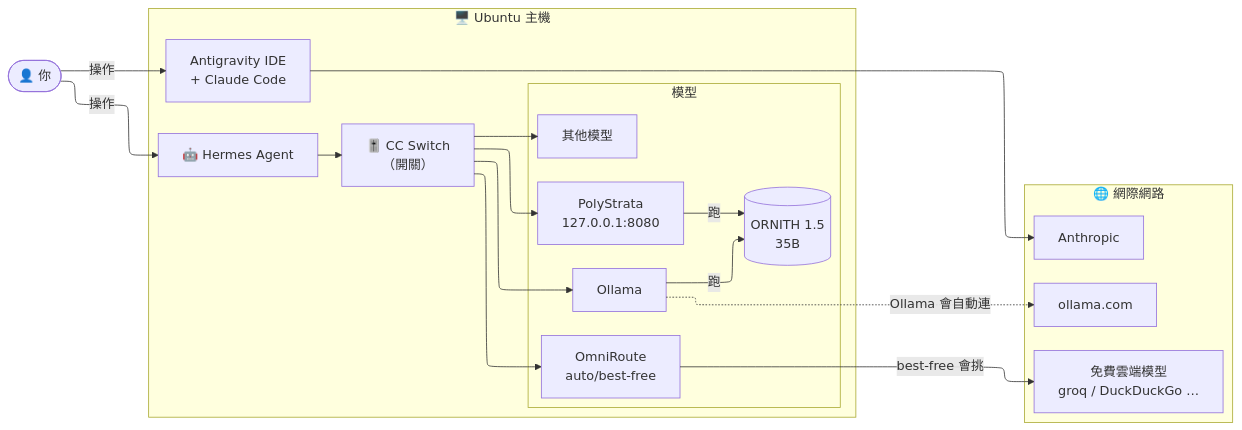
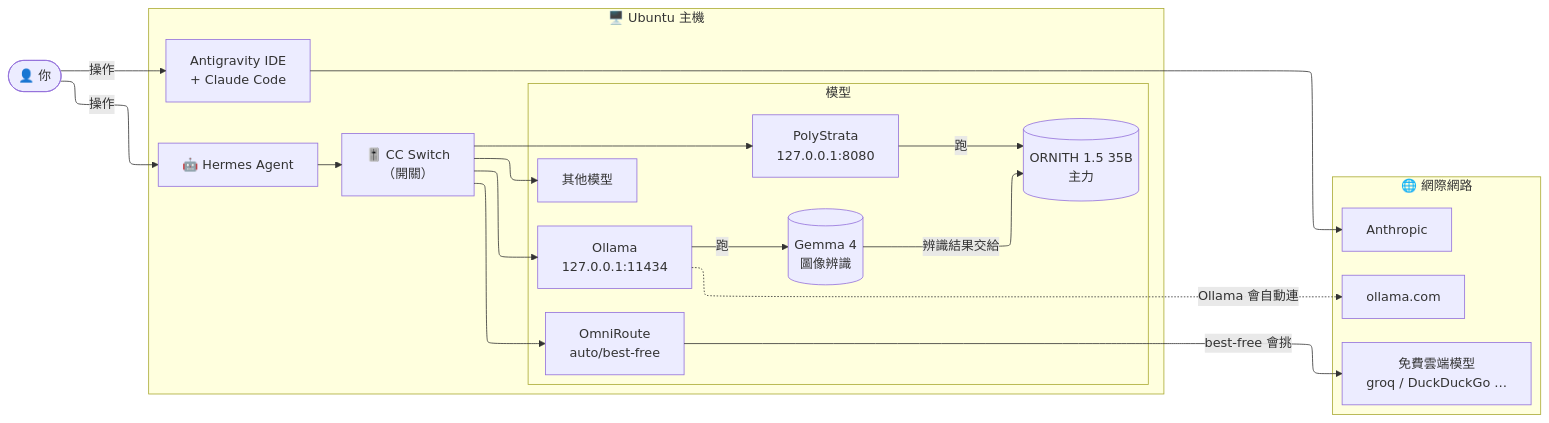
Before and after one commit to puBILYYEN/test: the diagram in hermes-sandbox/architecture-before.mmd, drawn with Mermaid. The commit also changed 1 other file, not shown here.

Commit message:
Diagram: Ollama runs Gemma 4 for vision, PolyStrata runs ORNITH 1.5 35B as main
Claude-Session: https://claude.ai/code/session_01WirDqXFnyExysTDHXtB3QR

```diff
--- a/hermes-sandbox/architecture-before.mmd
+++ b/hermes-sandbox/architecture-before.mmd
@@ -1,46 +1,48 @@
 ---
 config:
   layout: elk
 ---
 %% 加入沙盒之前的 AI 系統架構（Ubuntu）
 %% 實線 = 已確認｜虛線 = 推測或尚未確認
 flowchart LR
     user(["👤 你"])
 
     subgraph host["🖥️ Ubuntu 主機"]
         direction LR
         hermes["🤖 Hermes Agent"]
         ccs["🎚️ CC Switch<br/>（開關）"]
         ide["Antigravity IDE<br/>+ Claude Code"]
 
         subgraph models["模型"]
             direction TB
-            ollama["Ollama"]
+            ollama["Ollama<br/>127.0.0.1:11434"]
             poly["PolyStrata<br/>127.0.0.1:8080"]
-            ornith[("ORNITH 1.5<br/>35B")]
+            ornith[("ORNITH 1.5 35B<br/>主力")]
+            gemma[("Gemma 4<br/>圖像辨識")]
             omni["OmniRoute<br/>auto/best-free"]
             other["其他模型"]
         end
     end
 
     subgraph internet["🌐 網際網路"]
         direction TB
         ollamacom["ollama.com"]
         cloud["免費雲端模型<br/>groq / DuckDuckGo …"]
         anthropic["Anthropic"]
     end
 
     user -->|"操作"| hermes
     user -->|"操作"| ide
     hermes --> ccs
     ccs --> ollama
     ccs --> poly
     ccs --> omni
     ccs --> other
 
-    ollama -->|"跑"| ornith
+    ollama -->|"跑"| gemma
+    gemma -->|"辨識結果交給"| ornith
     poly -->|"跑"| ornith
 
     ollama -.->|"Ollama 會自動連"| ollamacom
     omni -->|"best-free 會挑"| cloud
     ide --> anthropic
```
